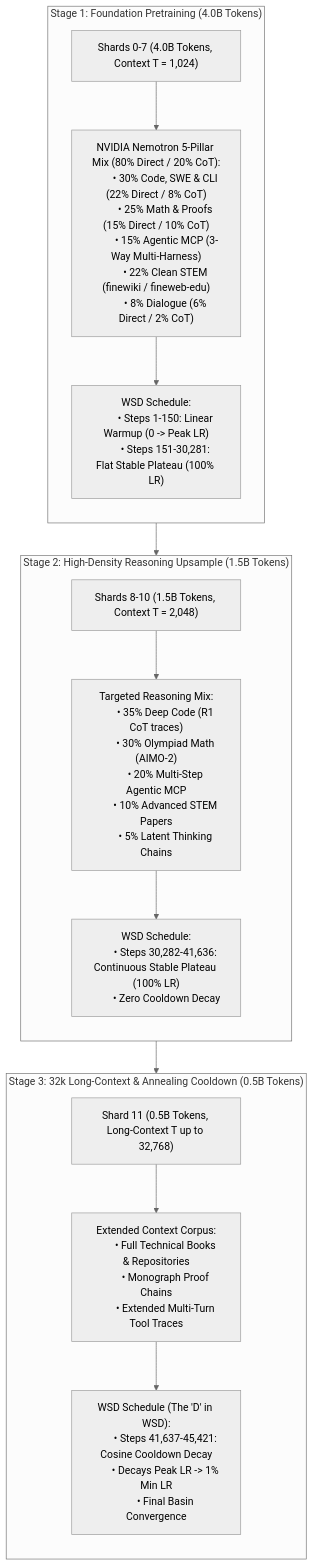
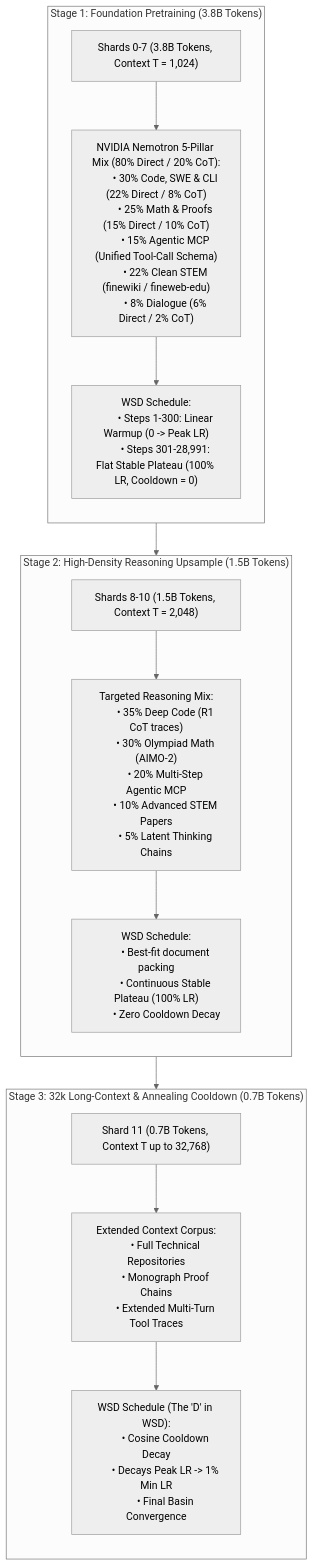
Before and after one commit to yashwk/pulsar-300m: the diagram in docs/CURRICULUM.md, drawn with Mermaid (neutral theme). The commit also changed other lines of this file and 8 other files, not shown here.

Commit message:
Update documentation to match current architecture, curriculum, and cloud operations; add DevEx inspector and Makefile

````diff
--- a/docs/CURRICULUM.md
+++ b/docs/CURRICULUM.md
@@ -15,48 +15,49 @@
 ```mermaid
 flowchart TD
-    subgraph S1 ["Stage 1: Foundation Pretraining (4.0B Tokens)"]
+    subgraph S1 ["Stage 1: Foundation Pretraining (3.8B Tokens)"]
         direction TB
-        S1_DATA["Shards 0-7 (4.0B Tokens, Context T = 1,024)"]
+        S1_DATA["Shards 0-7 (3.8B Tokens, Context T = 1,024)"]
         S1_MIX["NVIDIA Nemotron 5-Pillar Mix (80% Direct / 20% CoT):
         • 30% Code, SWE & CLI (22% Direct / 8% CoT)
         • 25% Math & Proofs (15% Direct / 10% CoT)
-        • 15% Agentic MCP (3-Way Multi-Harness)
+        • 15% Agentic MCP (Unified Tool-Call Schema)
         • 22% Clean STEM (finewiki / fineweb-edu)
         • 8% Dialogue (6% Direct / 2% CoT)"]
         S1_WSD["WSD Schedule:
-        • Steps 1-150: Linear Warmup (0 -> Peak LR)
-        • Steps 151-30,281: Flat Stable Plateau (100% LR)"]
+        • Steps 1-300: Linear Warmup (0 -> Peak LR)
+        • Steps 301-28,991: Flat Stable Plateau (100% LR, Cooldown = 0)"]
         S1_DATA --> S1_MIX --> S1_WSD
     end
 
     subgraph S2 ["Stage 2: High-Density Reasoning Upsample (1.5B Tokens)"]
         direction TB
         S2_DATA["Shards 8-10 (1.5B Tokens, Context T = 2,048)"]
         S2_MIX["Targeted Reasoning Mix:
         • 35% Deep Code (R1 CoT traces)
         • 30% Olympiad Math (AIMO-2)
         • 20% Multi-Step Agentic MCP
         • 10% Advanced STEM Papers
         • 5% Latent Thinking Chains"]
         S2_WSD["WSD Schedule:
-        • Steps 30,282-41,636: Continuous Stable Plateau (100% LR)
+        • Best-fit document packing
+        • Continuous Stable Plateau (100% LR)
         • Zero Cooldown Decay"]
         S2_DATA --> S2_MIX --> S2_WSD
     end
 
-    subgraph S3 ["Stage 3: 32k Long-Context & Annealing Cooldown (0.5B Tokens)"]
+    subgraph S3 ["Stage 3: 32k Long-Context & Annealing Cooldown (0.7B Tokens)"]
         direction TB
-        S3_DATA["Shard 11 (0.5B Tokens, Long-Context T up to 32,768)"]
+        S3_DATA["Shard 11 (0.7B Tokens, Context T up to 32,768)"]
         S3_MIX["Extended Context Corpus:
-        • Full Technical Books & Repositories
+        • Full Technical Repositories
         • Monograph Proof Chains
         • Extended Multi-Turn Tool Traces"]
         S3_WSD["WSD Schedule (The 'D' in WSD):
-        • Steps 41,637-45,421: Cosine Cooldown Decay
+        • Cosine Cooldown Decay
         • Decays Peak LR -> 1% Min LR
         • Final Basin Convergence"]
         S3_DATA --> S3_MIX --> S3_WSD
     end
 
     S1 --> S2 --> S3
 ```
````
